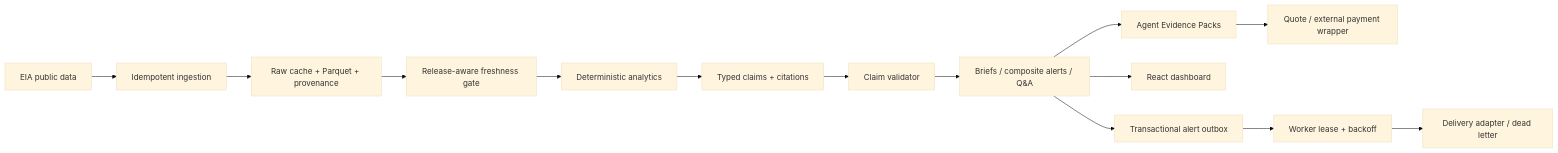
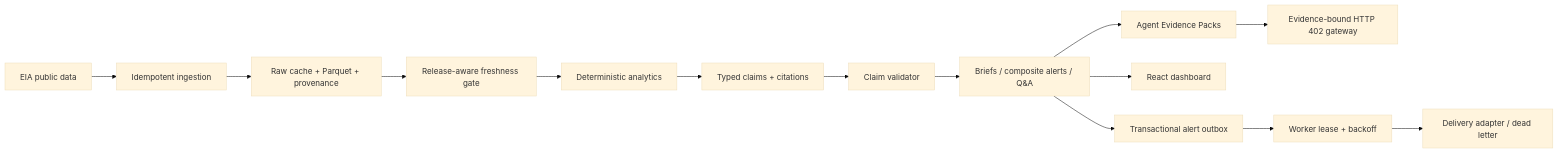
The diagram in README.md (Svyable/oil-signal), drawn with Mermaid (base theme) before and after one commit. The commit also changed other lines of this file, not shown here.

Commit message:
docs: surface evidence-bound HTTP 402 commerce

````diff
--- a/README.md
+++ b/README.md
@@ -13,16 +13,16 @@
 ```mermaid
 flowchart LR
     EIA[EIA public data] --> ING[Idempotent ingestion]
     ING --> STORE[Raw cache + Parquet + provenance]
     STORE --> FRESH[Release-aware freshness gate]
     FRESH --> CALC[Deterministic analytics]
     CALC --> CLAIM[Typed claims + citations]
     CLAIM --> GATE[Claim validator]
     GATE --> BRIEF[Briefs / composite alerts / Q&A]
     BRIEF --> PACK[Agent Evidence Packs]
-    PACK --> COMMERCE[Quote / external payment wrapper]
+    PACK --> COMMERCE[Evidence-bound HTTP 402 gateway]
     BRIEF --> UI[React dashboard]
     BRIEF --> OUTBOX[Transactional alert outbox]
     OUTBOX --> LEASE[Worker lease + backoff]
     LEASE --> ADAPTER[Delivery adapter / dead letter]
 ```
````
